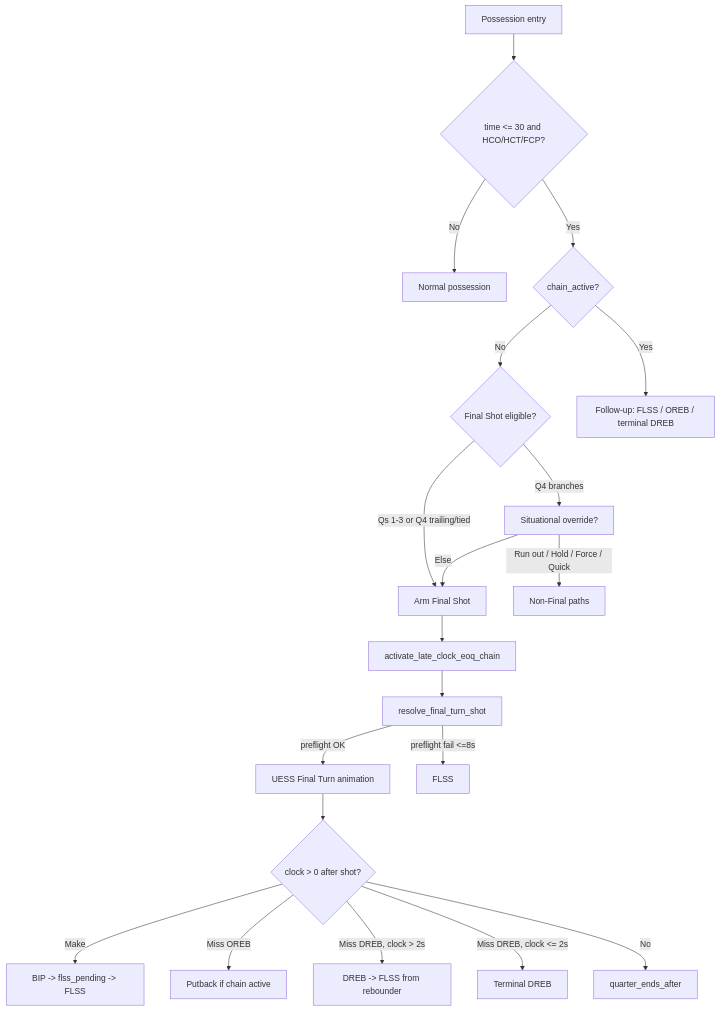
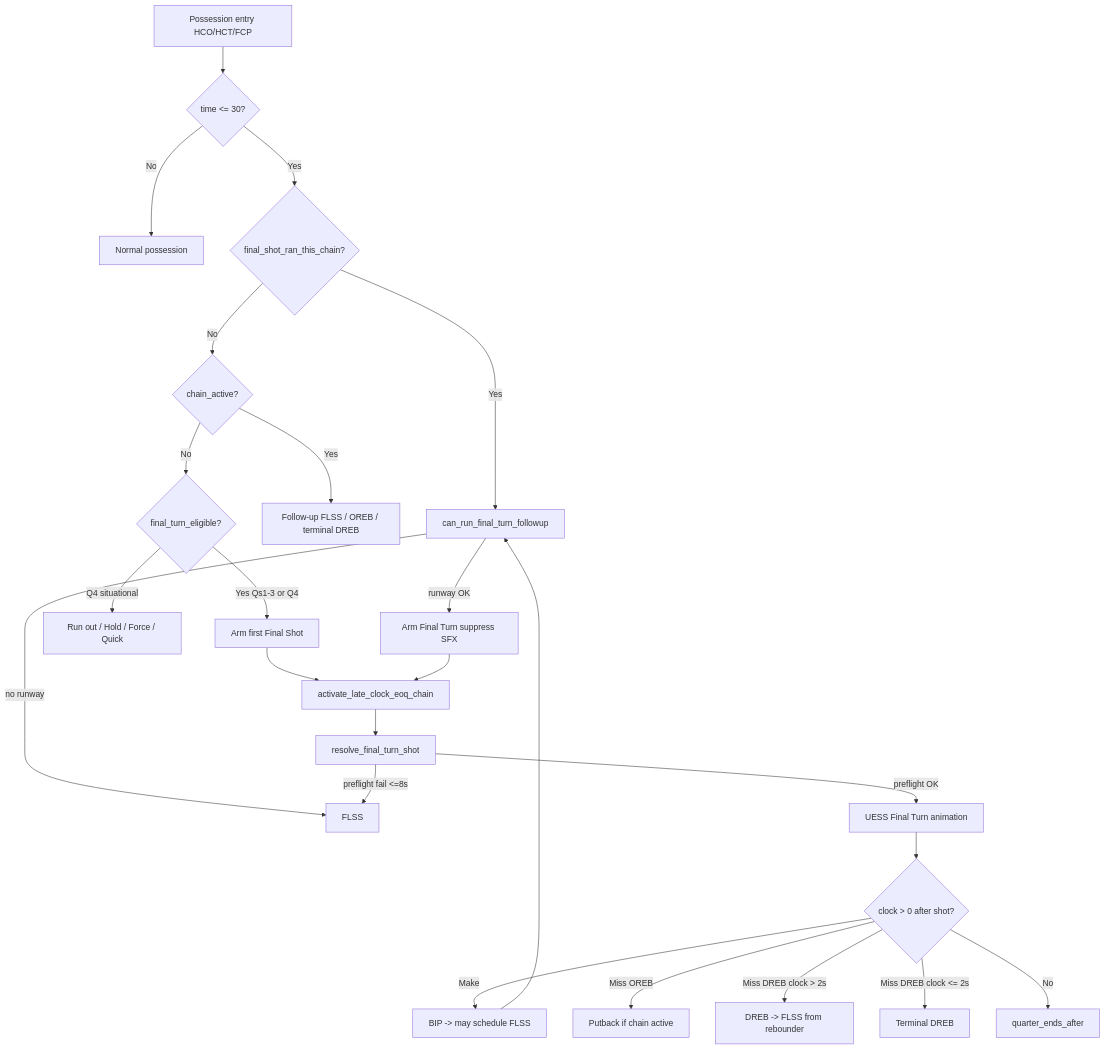
Before and after one commit to guyfromajax/gob-simplified: the diagram in _documentation_master/06_Gameplay_Systems/EOQ_System.md, drawn with Mermaid. The commit also changed other lines of this file and 8 other files, not shown here.

Commit message:
added dynamic readig of Final Shot in EOQ System

````diff
--- a/_documentation_master/06_Gameplay_Systems/EOQ_System.md
+++ b/_documentation_master/06_Gameplay_Systems/EOQ_System.md
@@ -90,22 +96,26 @@
 ```mermaid
 flowchart TD
-    A[Possession entry] --> B{time <= 30 and HCO/HCT/FCP?}
+    A[Possession entry HCO/HCT/FCP] --> B{time <= 30?}
     B -->|No| Z[Normal possession]
-    B -->|Yes| C{chain_active?}
-    C -->|No| D{Final Shot eligible?}
-    C -->|Yes| E[Follow-up: FLSS / OREB / terminal DREB]
-    D -->|Q4 branches| F[Situational override?]
-    D -->|Qs 1-3 or Q4 trailing/tied| G[Arm Final Shot]
-    F -->|Run out / Hold / Force / Quick| H[Non-Final paths]
-    F -->|Else| G
+    B -->|Yes| C{final_shot_ran_this_chain?}
+    C -->|Yes| R[can_run_final_turn_followup]
+    R -->|runway OK| G2[Arm Final Turn suppress SFX]
+    R -->|no runway| L[FLSS]
+    C -->|No| D{chain_active?}
+    D -->|Yes| E[Follow-up FLSS / OREB / terminal DREB]
+    D -->|No| F{final_turn_eligible?}
+    F -->|Q4 situational| H[Run out / Hold / Force / Quick]
+    F -->|Yes Qs1-3 or Q4| G[Arm first Final Shot]
     G --> I[activate_late_clock_eoq_chain]
+    G2 --> I
     I --> J[resolve_final_turn_shot]
     J -->|preflight OK| K[UESS Final Turn animation]
-    J -->|preflight fail <=8s| L[FLSS]
+    J -->|preflight fail <=8s| L
     K --> M{clock > 0 after shot?}
-    M -->|Make| N[BIP -> flss_pending -> FLSS]
+    M -->|Make| N[BIP -> may schedule FLSS]
     M -->|Miss OREB| O[Putback if chain active]
-    M -->|Miss DREB, clock > 2s| R[DREB -> FLSS from rebounder]
-    M -->|Miss DREB, clock <= 2s| P[Terminal DREB]
+    M -->|Miss DREB clock > 2s| P2[DREB -> FLSS from rebounder]
+    M -->|Miss DREB clock <= 2s| P[Terminal DREB]
     M -->|No| Q[quarter_ends_after]
+    N --> R
 ```
````
